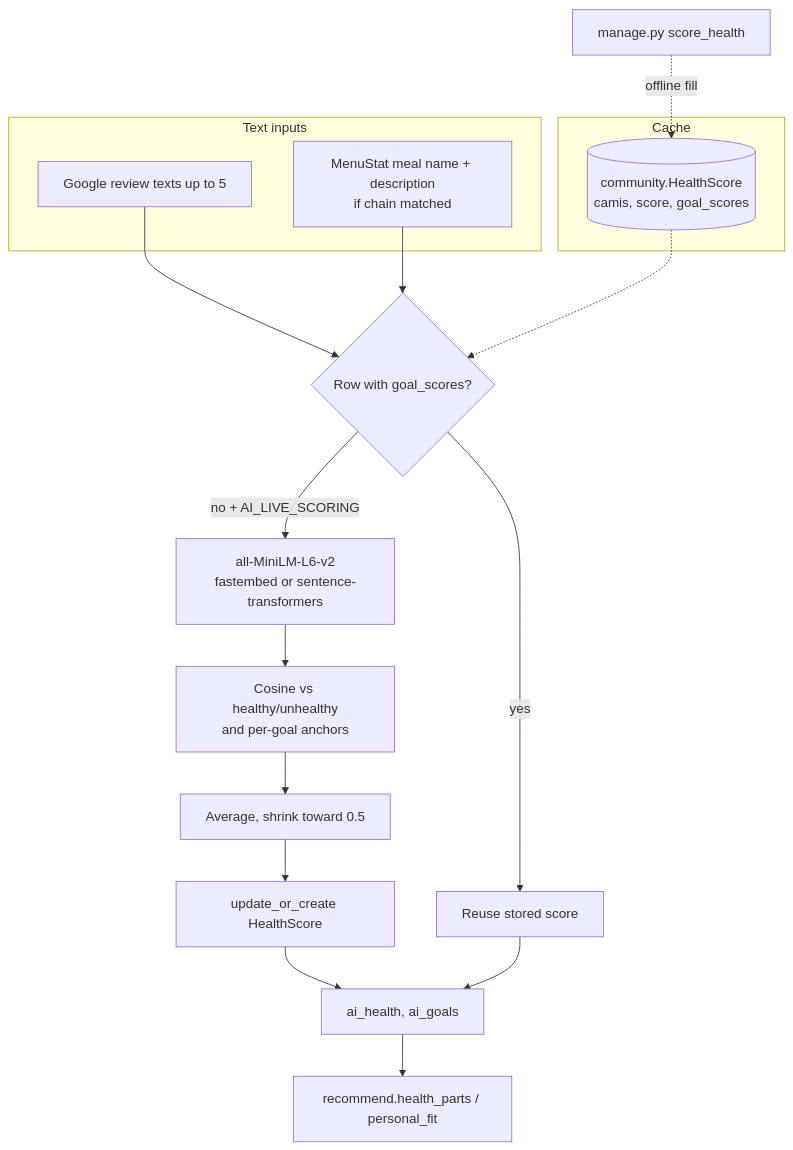
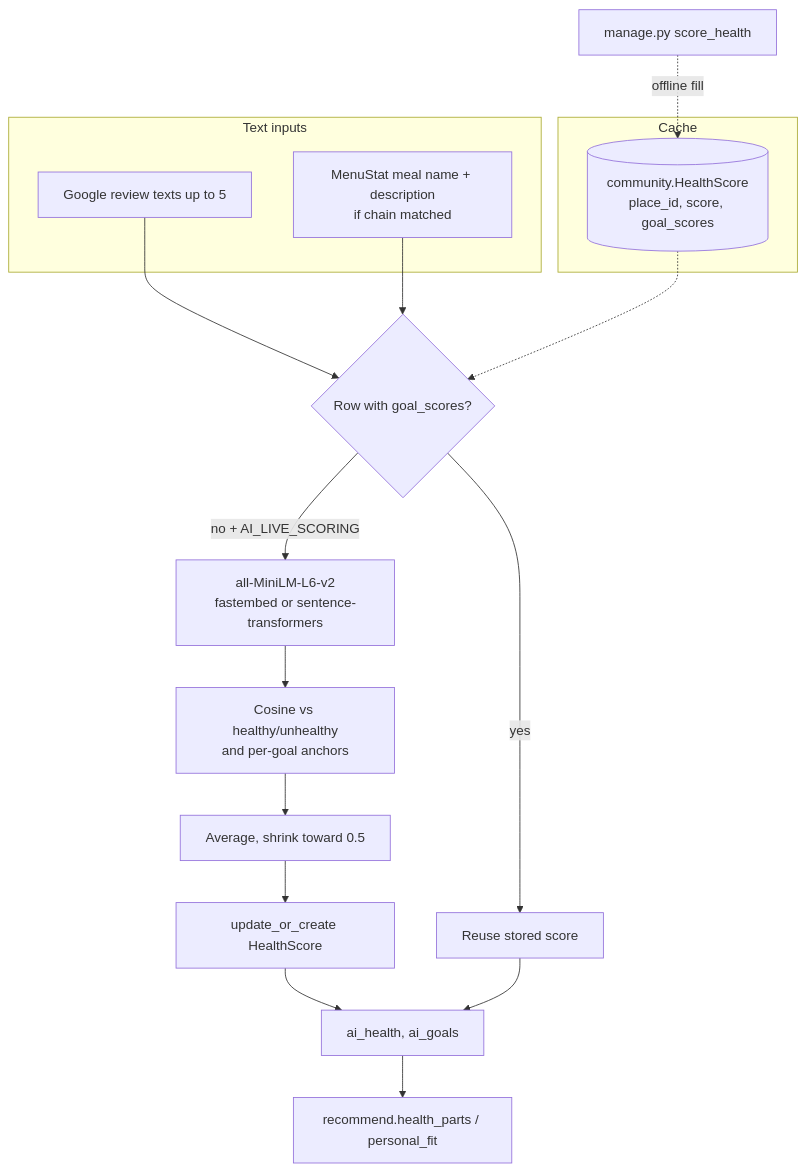
The fourth of 5 diagrams in md_guides/scoring-pipeline.md (NovaBro/team-3-fall26), drawn with Mermaid before and after one commit. The commit also changed other lines of this file and 98 other files, not shown here.

````diff
--- a/md_guides/scoring-pipeline.md
+++ b/md_guides/scoring-pipeline.md
@@ -158,28 +159,28 @@
 ```mermaid
 flowchart TD
   subgraph inputs [Text inputs]
     R["Google review texts up to 5"]
     M["MenuStat meal name + description<br/>if chain matched"]
   end
 
   R --> LIVE
   M --> LIVE
 
   subgraph store [Cache]
-    DB[("community.HealthScore<br/>camis, score, goal_scores")]
+    DB[("community.HealthScore<br/>place_id, score, goal_scores")]
   end
 
   LIVE{Row with goal_scores?}
   LIVE -->|yes| REUSE[Reuse stored score]
   LIVE -->|no + AI_LIVE_SCORING| ENC["all-MiniLM-L6-v2<br/>fastembed or sentence-transformers"]
   ENC --> CMP["Cosine vs healthy/unhealthy<br/>and per-goal anchors"]
   CMP --> SHRINK["Average, shrink toward 0.5"]
   SHRINK --> SAVE[update_or_create HealthScore]
   SAVE --> USE
   REUSE --> USE["ai_health, ai_goals"]
 
   USE --> RANK["recommend.health_parts / personal_fit"]
 
   BATCH[manage.py score_health] -.->|offline fill| DB
   DB -.-> LIVE
 ```
````
